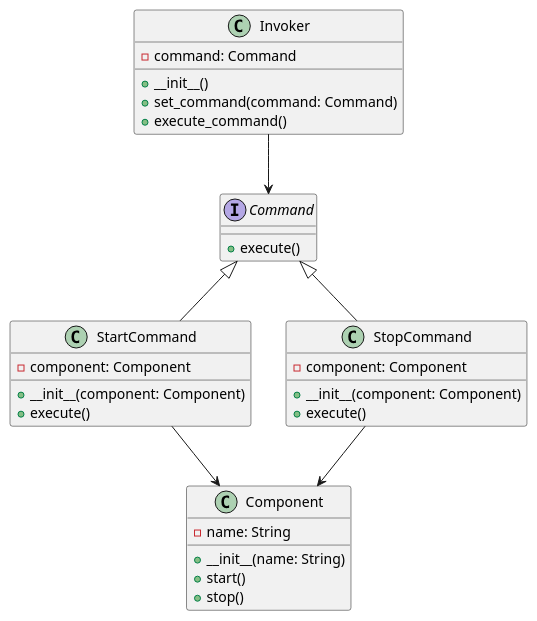
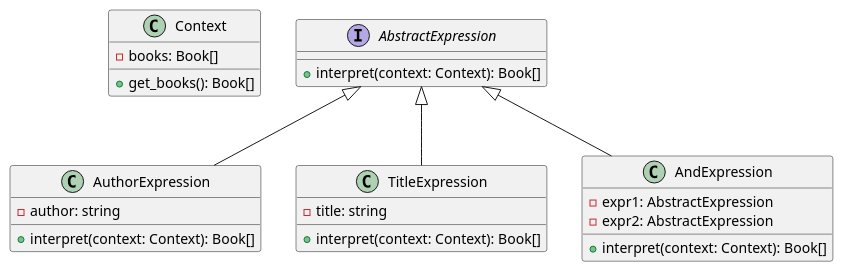
Before and after one commit to andrewovchinnikov/design-patterns: the diagram in klassifikaciya-patternov/povedencheskie-patterny-behavioral-patterns/interpretator-interpreter/primery/interpretaciya-polzovatelskikh-zaprosov/python.md, drawn with PlantUML. The commit also changed other lines of this file and 101 other files, not shown here.

````diff
--- a/klassifikaciya-patternov/povedencheskie-patterny-behavioral-patterns/interpretator-interpreter/primery/interpretaciya-polzovatelskikh-zaprosov/python.md
+++ b/klassifikaciya-patternov/povedencheskie-patterny-behavioral-patterns/interpretator-interpreter/primery/interpretaciya-polzovatelskikh-zaprosov/python.md
@@ -108,39 +132,34 @@
 ```plantuml
 @startuml
-interface Command {
-    +execute()
+
+class Context {
+    -books: Book[]
+    +get_books(): Book[]
 }
 
-class StartCommand {
-    -component: Component
-    +__init__(component: Component)
-    +execute()
+interface AbstractExpression {
+    +interpret(context: Context): Book[]
 }
 
-class StopCommand {
-    -component: Component
-    +__init__(component: Component)
-    +execute()
+class AuthorExpression {
+    -author: string
+    +interpret(context: Context): Book[]
 }
 
-class Component {
-    -name: String
-    +__init__(name: String)
-    +start()
-    +stop()
+class TitleExpression {
+    -title: string
+    +interpret(context: Context): Book[]
 }
 
-class Invoker {
-    -command: Command
-    +__init__()
-    +set_command(command: Command)
-    +execute_command()
+class AndExpression {
+    -expr1: AbstractExpression
+    -expr2: AbstractExpression
+    +interpret(context: Context): Book[]
 }
 
-Command <|-- StartCommand
-Command <|-- StopCommand
-StartCommand --> Component
-StopCommand --> Component
-Invoker --> Command
+AbstractExpression <|-- AuthorExpression
+AbstractExpression <|-- TitleExpression
+AbstractExpression <|-- AndExpression
+
 @enduml
 ```
````
